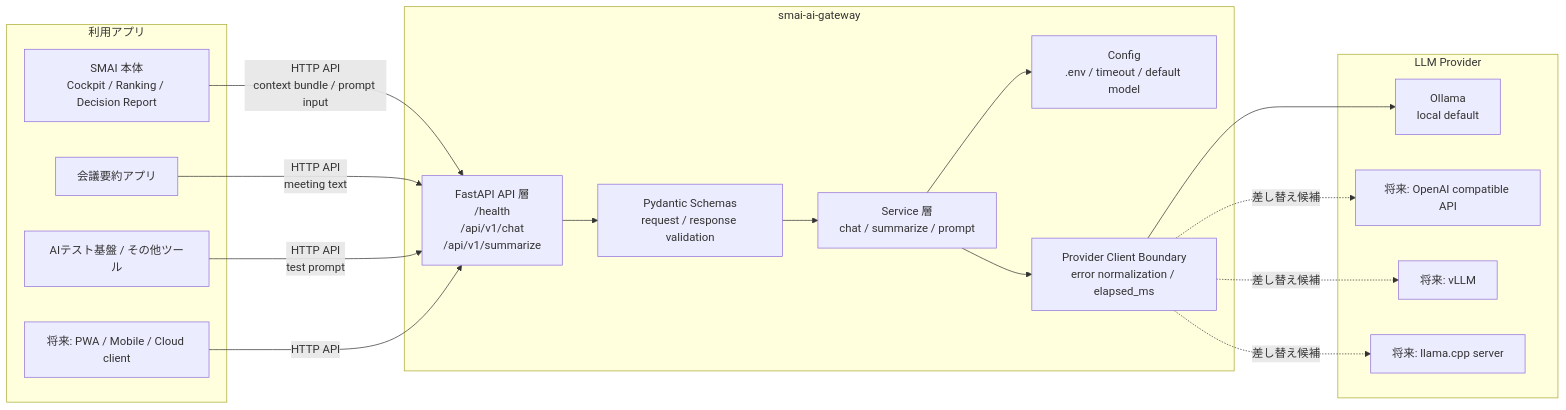
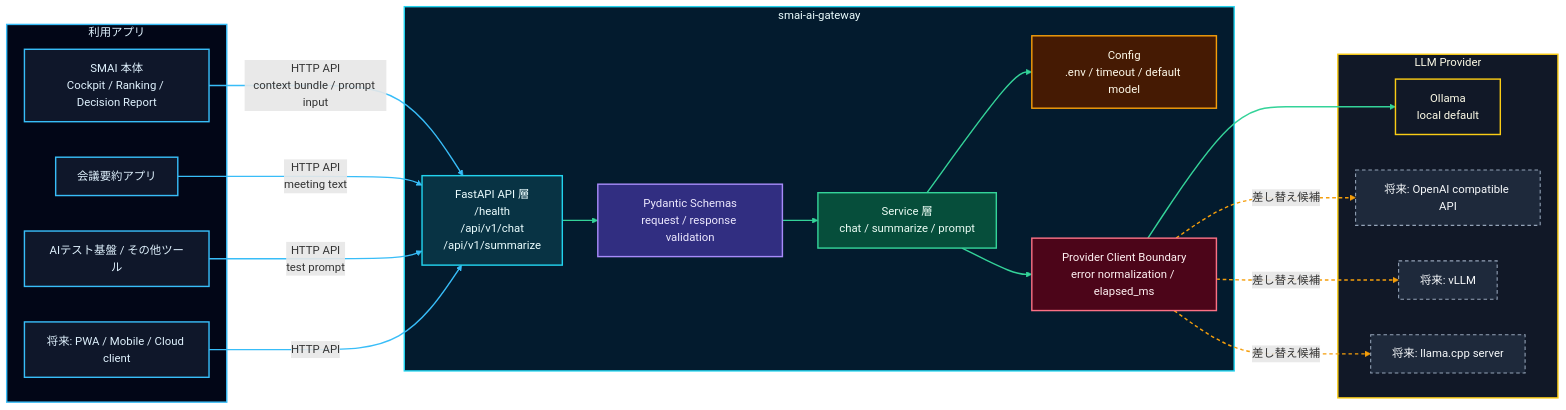
One commit to yuki-godzilla/Smart_Market_AI changed the diagram in smai-ai-gateway/README.md. Above: the diagram before and after it, drawn with Mermaid. The commit also changed other lines of this file and 1 other file, not shown here.

Commit message:
Polish smai ai gateway readme diagram

````diff
--- a/smai-ai-gateway/README.md
+++ b/smai-ai-gateway/README.md
@@ -15,38 +24,64 @@
 ```mermaid
 flowchart LR
   subgraph clients["利用アプリ"]
     smai["SMAI 本体<br/>Cockpit / Ranking / Decision Report"]
     meeting["会議要約アプリ"]
     testtools["AIテスト基盤 / その他ツール"]
     future["将来: PWA / Mobile / Cloud client"]
   end
 
   subgraph gateway["smai-ai-gateway"]
     api["FastAPI API 層<br/>/health<br/>/api/v1/chat<br/>/api/v1/summarize"]
     schemas["Pydantic Schemas<br/>request / response validation"]
     services["Service 層<br/>chat / summarize / prompt"]
     config["Config<br/>.env / timeout / default model"]
     provider["Provider Client Boundary<br/>error normalization / elapsed_ms"]
   end
 
   subgraph providers["LLM Provider"]
     ollama["Ollama<br/>local default"]
     openai["将来: OpenAI compatible API"]
     vllm["将来: vLLM"]
     llamacpp["将来: llama.cpp server"]
   end
 
   smai -- "HTTP API<br/>context bundle / prompt input" --> api
   meeting -- "HTTP API<br/>meeting text" --> api
   testtools -- "HTTP API<br/>test prompt" --> api
   future -- "HTTP API" --> api
 
   api --> schemas
   schemas --> services
   services --> config
   services --> provider
   provider --> ollama
   provider -. "差し替え候補" .-> openai
   provider -. "差し替え候補" .-> vllm
   provider -. "差し替え候補" .-> llamacpp
+
+  classDef client fill:#0f172a,stroke:#38bdf8,color:#e0f2fe,stroke-width:2px;
+  classDef api fill:#083344,stroke:#22d3ee,color:#ecfeff,stroke-width:2px;
+  classDef schema fill:#312e81,stroke:#a78bfa,color:#ede9fe,stroke-width:2px;
+  classDef service fill:#064e3b,stroke:#34d399,color:#ecfdf5,stroke-width:2px;
+  classDef config fill:#451a03,stroke:#f59e0b,color:#fffbeb,stroke-width:2px;
+  classDef boundary fill:#4c0519,stroke:#fb7185,color:#fff1f2,stroke-width:2px;
+  classDef provider fill:#111827,stroke:#facc15,color:#fefce8,stroke-width:2px;
+  classDef futureProvider fill:#1e293b,stroke:#94a3b8,color:#f8fafc,stroke-width:1.5px,stroke-dasharray: 5 4;
+
+  class smai,meeting,testtools,future client;
+  class api api;
+  class schemas schema;
+  class services service;
+  class config config;
+  class provider boundary;
+  class ollama provider;
+  class openai,vllm,llamacpp futureProvider;
+
+  style clients fill:#020617,stroke:#38bdf8,stroke-width:2px,color:#e0f2fe;
+  style gateway fill:#031b2e,stroke:#22d3ee,stroke-width:2px,color:#ecfeff;
+  style providers fill:#111827,stroke:#facc15,stroke-width:2px,color:#fefce8;
+
+  linkStyle 0,1,2,3 stroke:#38bdf8,stroke-width:2px;
+  linkStyle 4,5,6,7,8 stroke:#34d399,stroke-width:2px;
+  linkStyle 9,10,11 stroke:#f59e0b,stroke-width:2px,stroke-dasharray: 5 4;
 ```
````
